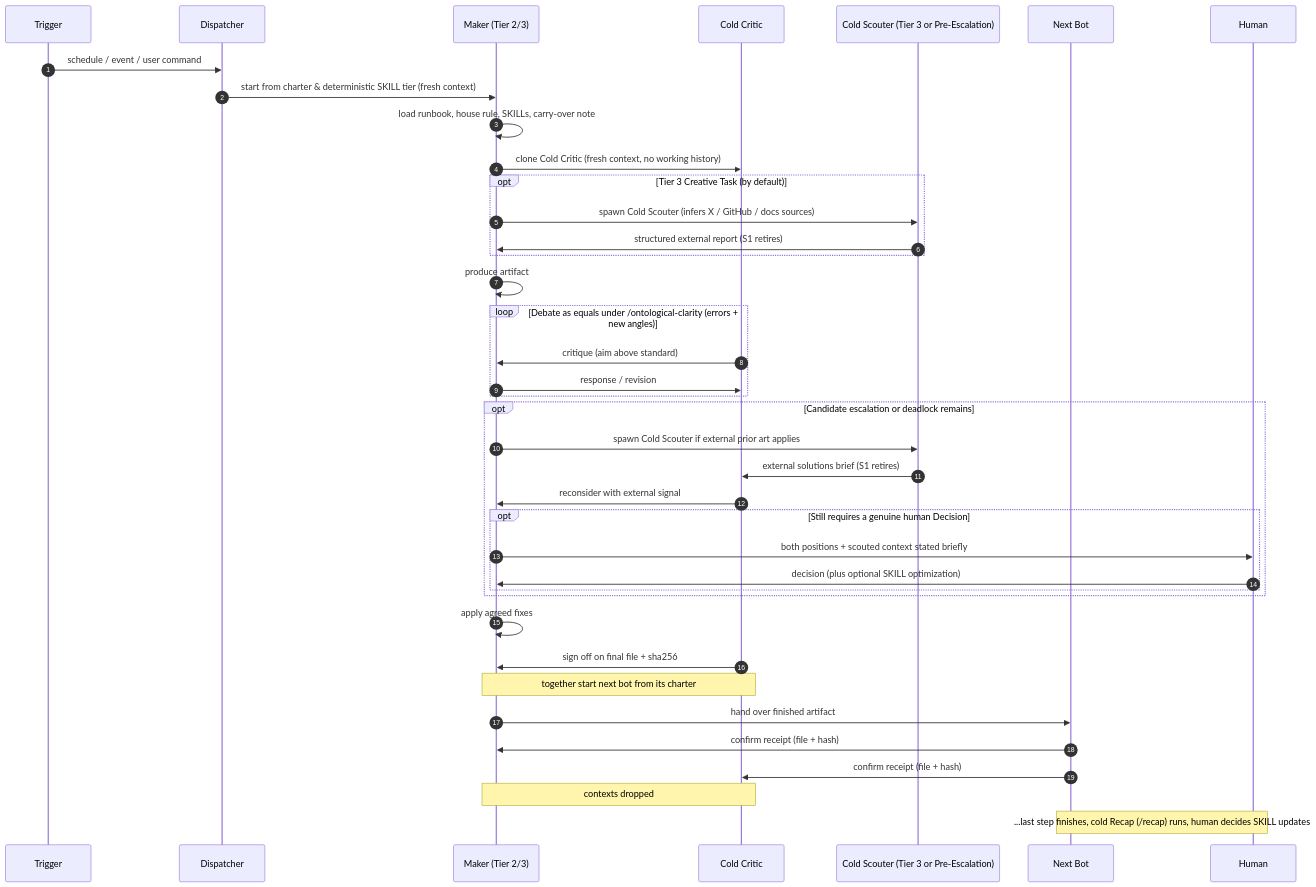
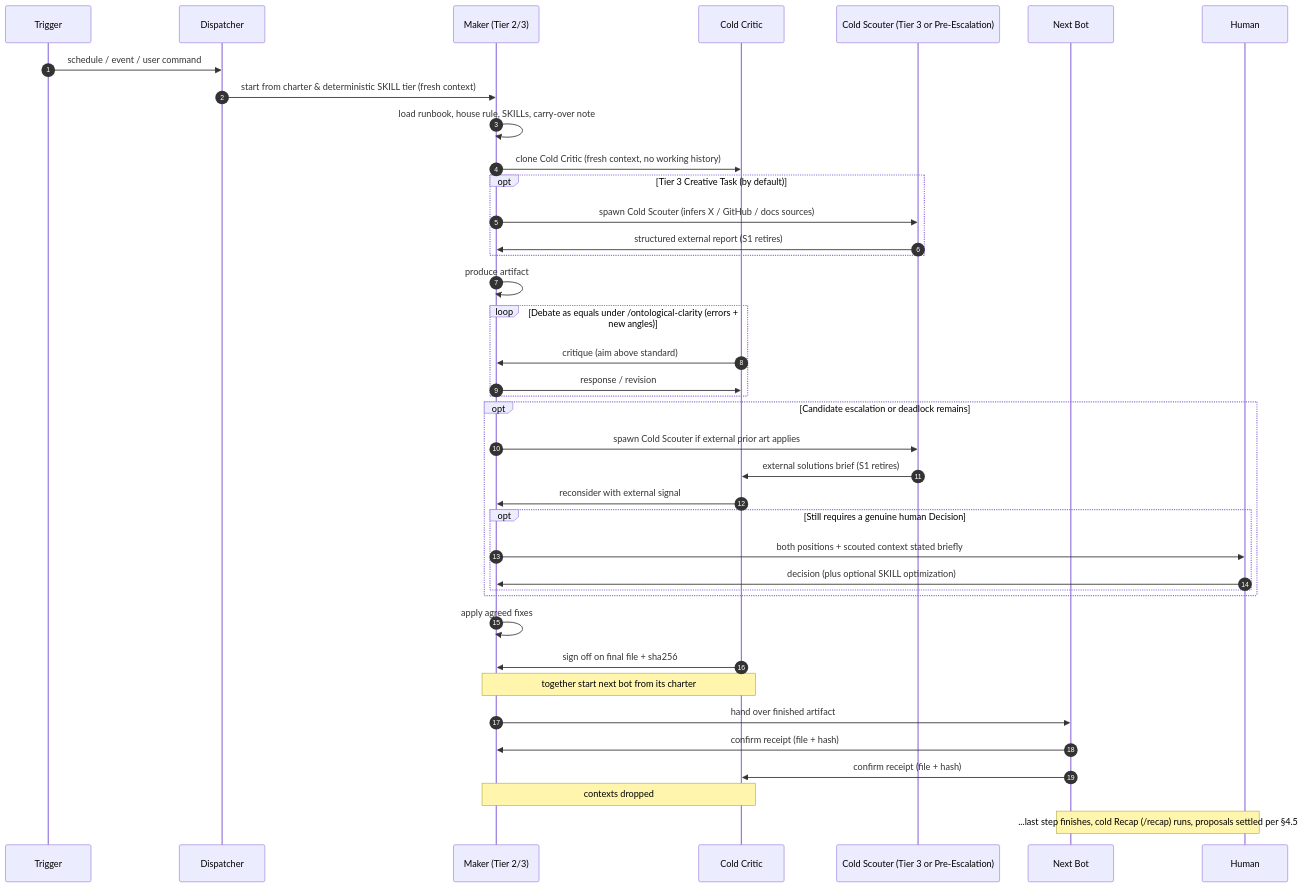
One commit to powerpig99/not-a-toe changed the third of 4 diagrams in docs/wave-refinement-plan.md. Above: the diagram before and after it, drawn with Mermaid. The commit also changed other lines of this file and 21 other files, not shown here.

First line of the commit message:
Procedure: one generic plan, shared charters, wake gates settled by cold critic

````diff
--- a/docs/wave-refinement-plan.md
+++ b/docs/wave-refinement-plan.md
@@ -442,42 +444,42 @@
 ```mermaid
 sequenceDiagram
     autonumber
     participant T as Trigger
     participant D as Dispatcher
     participant M1 as Maker (Tier 2/3)
     participant C1 as Cold Critic
     participant S1 as Cold Scouter (Tier 3 or Pre-Escalation)
     participant M2 as Next Bot
     participant H as Human
 
     T->>D: schedule / event / user command
     D->>M1: start from charter & deterministic SKILL tier (fresh context)
     M1->>M1: load runbook, house rule, SKILLs, carry-over note
     M1->>C1: clone Cold Critic (fresh context, no working history)
     opt Tier 3 Creative Task (by default)
         M1->>S1: spawn Cold Scouter (infers X / GitHub / docs sources)
         S1->>M1: structured external report (S1 retires)
     end
     M1->>M1: produce artifact
     loop Debate as equals under /ontological-clarity (errors + new angles)
         C1->>M1: critique (aim above standard)
         M1->>C1: response / revision
     end
     opt Candidate escalation or deadlock remains
         M1->>S1: spawn Cold Scouter if external prior art applies
         S1->>C1: external solutions brief (S1 retires)
         C1->>M1: reconsider with external signal
         opt Still requires a genuine human Decision
             M1->>H: both positions + scouted context stated briefly
             H->>M1: decision (plus optional SKILL optimization)
         end
     end
     M1->>M1: apply agreed fixes
     C1->>M1: sign off on final file + sha256
     Note over M1,C1: together start next bot from its charter
     M1->>M2: hand over finished artifact
     M2->>M1: confirm receipt (file + hash)
     M2->>C1: confirm receipt (file + hash)
     Note over M1,C1: contexts dropped
-    Note over M2,H: ...last step finishes, cold Recap (/recap) runs, human decides SKILL updates
+    Note over M2,H: ...last step finishes, cold Recap (/recap) runs, proposals settled per §4.5
 ```
````
